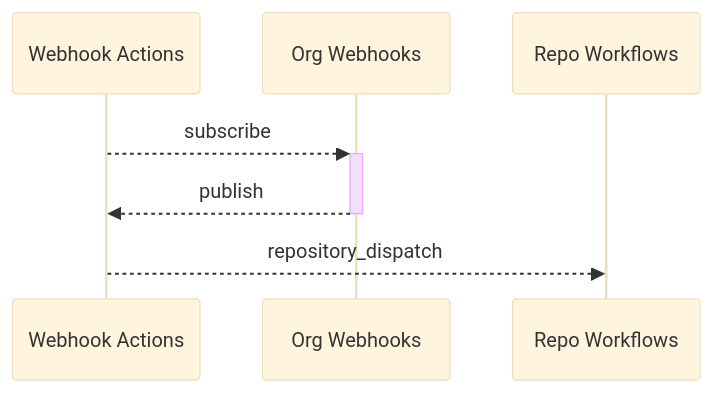
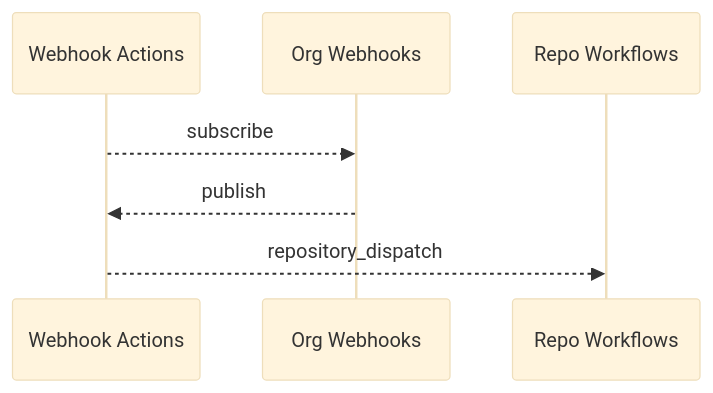
One commit to maramusaev/webhook-actions-docs changed the diagram in README.md. Above: the diagram before and after it, drawn with Mermaid (base theme). The commit also changed other lines of this file, not shown here.

````diff
--- a/README.md
+++ b/README.md
@@ -12,6 +9,6 @@
 ```mermaid
 sequenceDiagram
-    Webhook Actions-->>+Org Webhooks: subscribe
-    Org Webhooks-->>-Webhook Actions: publish
+    Webhook Actions-->>Org Webhooks: subscribe
+    Org Webhooks-->>Webhook Actions: publish
     Webhook Actions-->>Repo Workflows: repository_dispatch
 ```
````
